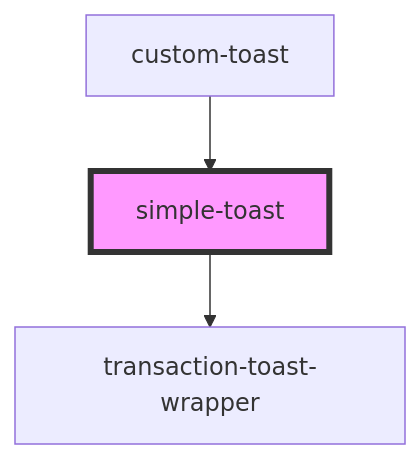
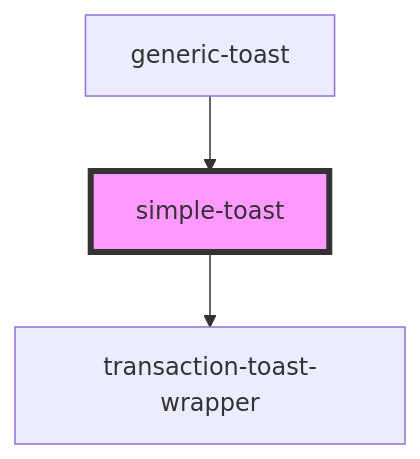
Before and after one commit to multiversx/mx-sdk-dapp-ui: the diagram in src/components/toasts-list/components/custom-toast/components/simple-toast/readme.md, drawn with Mermaid. The commit also changed other lines of this file and 12 other files, not shown here.

````diff
--- a/src/components/toasts-list/components/custom-toast/components/simple-toast/readme.md
+++ b/src/components/toasts-list/components/custom-toast/components/simple-toast/readme.md
@@ -33,6 +33,6 @@
 ```mermaid
 graph TD;
   simple-toast --> transaction-toast-wrapper
-  custom-toast --> simple-toast
+  generic-toast --> simple-toast
   style simple-toast fill:#f9f,stroke:#333,stroke-width:4px
 ```
````
